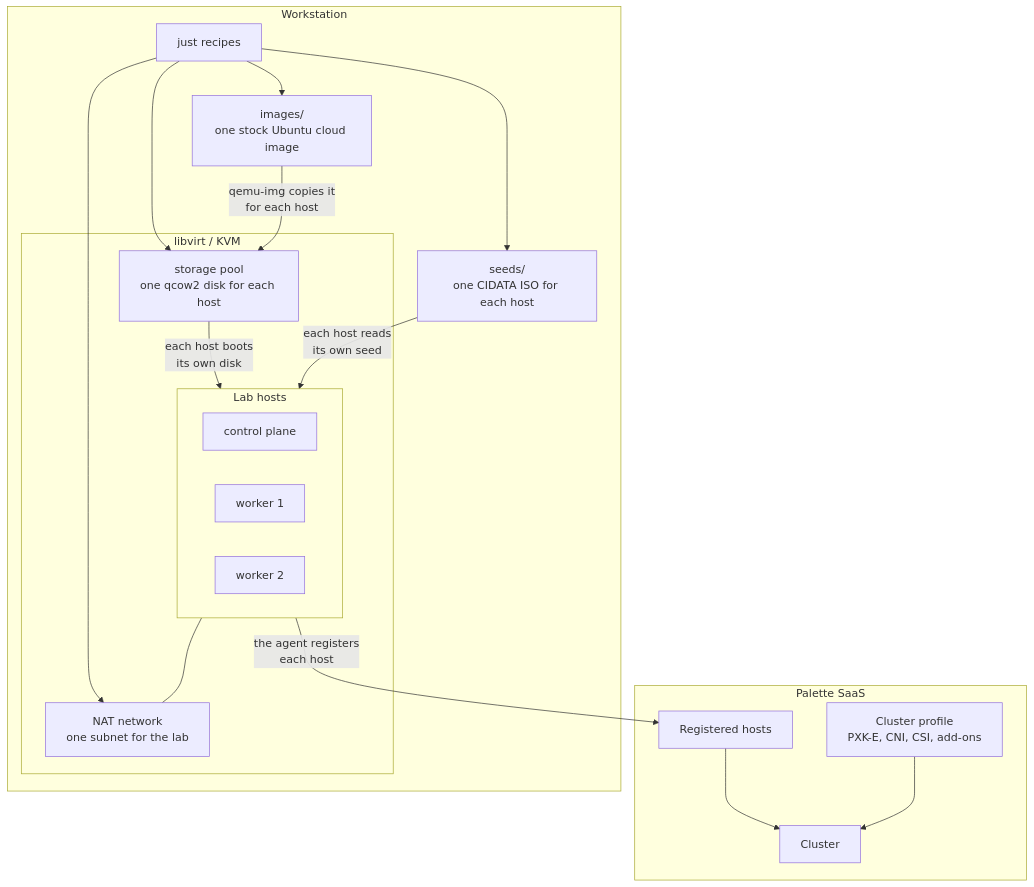
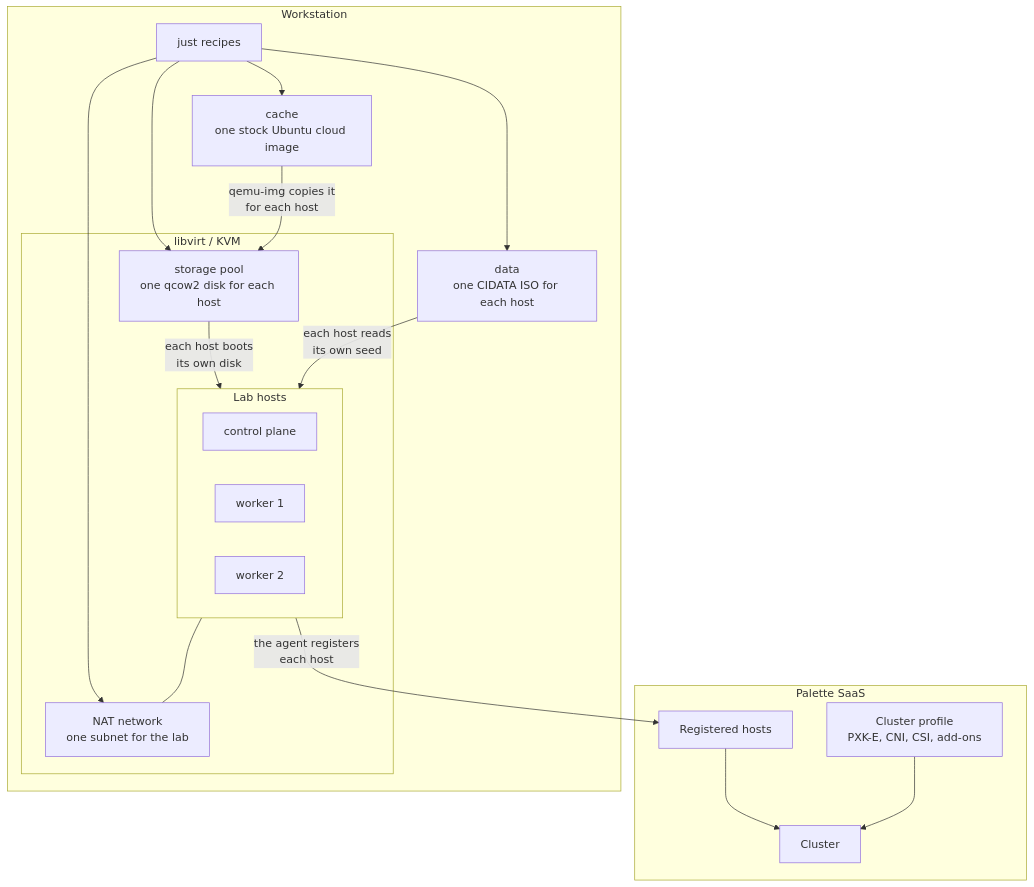
One commit to como-technologies/palette-edge-libvirt changed the first of 2 diagrams in docs/src/architecture.md. Above: the diagram before and after it, drawn with Mermaid. The commit also changed other lines of this file and 34 other files, not shown here.

````diff
--- a/docs/src/architecture.md
+++ b/docs/src/architecture.md
@@ -12,35 +12,35 @@
 ```mermaid
 flowchart TB
     subgraph SaaS["Palette SaaS"]
         PROF["Cluster profile<br/>PXK-E, CNI, CSI, add-ons"]
         REG["Registered hosts"]
         CLU["Cluster"]
     end
 
     subgraph WS["Workstation"]
         JUST["just recipes"]
-        IMG["images/<br/>one stock Ubuntu cloud image"]
-        SEED["seeds/<br/>one CIDATA ISO for each host"]
+        IMG["cache<br/>one stock Ubuntu cloud image"]
+        SEED["data<br/>one CIDATA ISO for each host"]
         subgraph LV["libvirt / KVM"]
             NET["NAT network<br/>one subnet for the lab"]
             POOL["storage pool<br/>one qcow2 disk for each host"]
             subgraph VMS["Lab hosts"]
                 CP["control plane"]
                 WK1["worker 1"]
                 WK2["worker 2"]
             end
         end
     end
 
     JUST --> IMG
     JUST --> SEED
     JUST --> NET
     JUST --> POOL
     IMG -->|"qemu-img copies it<br/>for each host"| POOL
     POOL -->|"each host boots<br/>its own disk"| VMS
     SEED -->|"each host reads<br/>its own seed"| VMS
     VMS --- NET
     VMS -->|"the agent registers<br/>each host"| REG
     REG --> CLU
     PROF --> CLU
 ```
````
